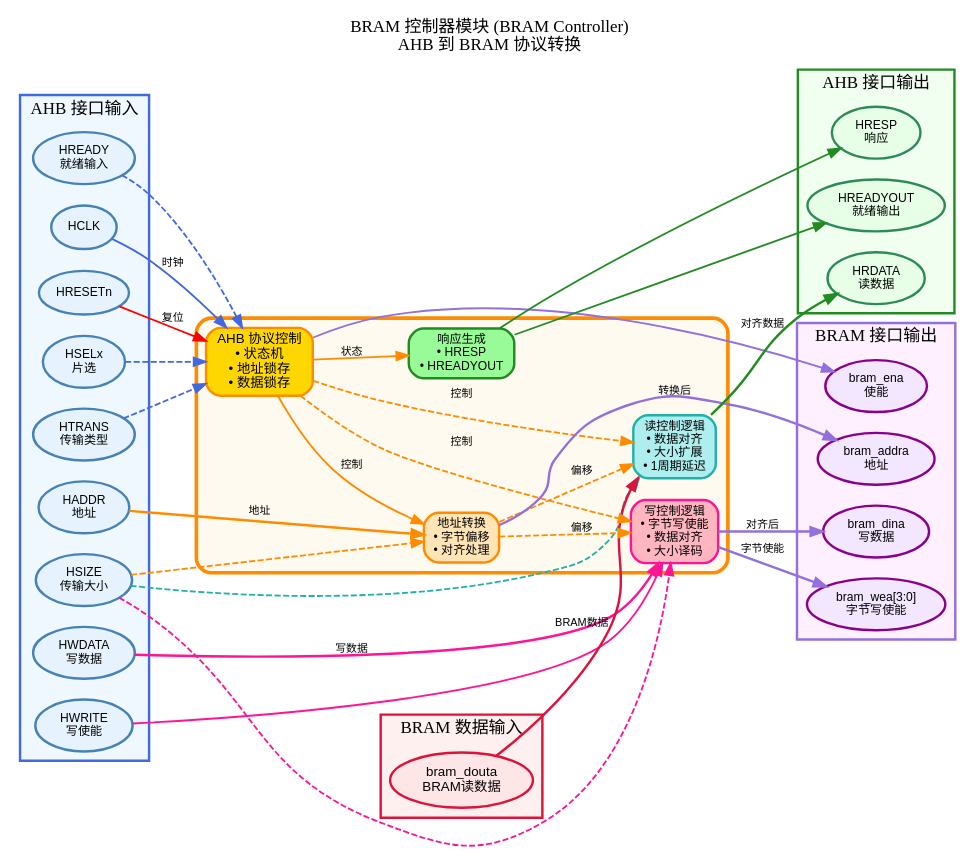
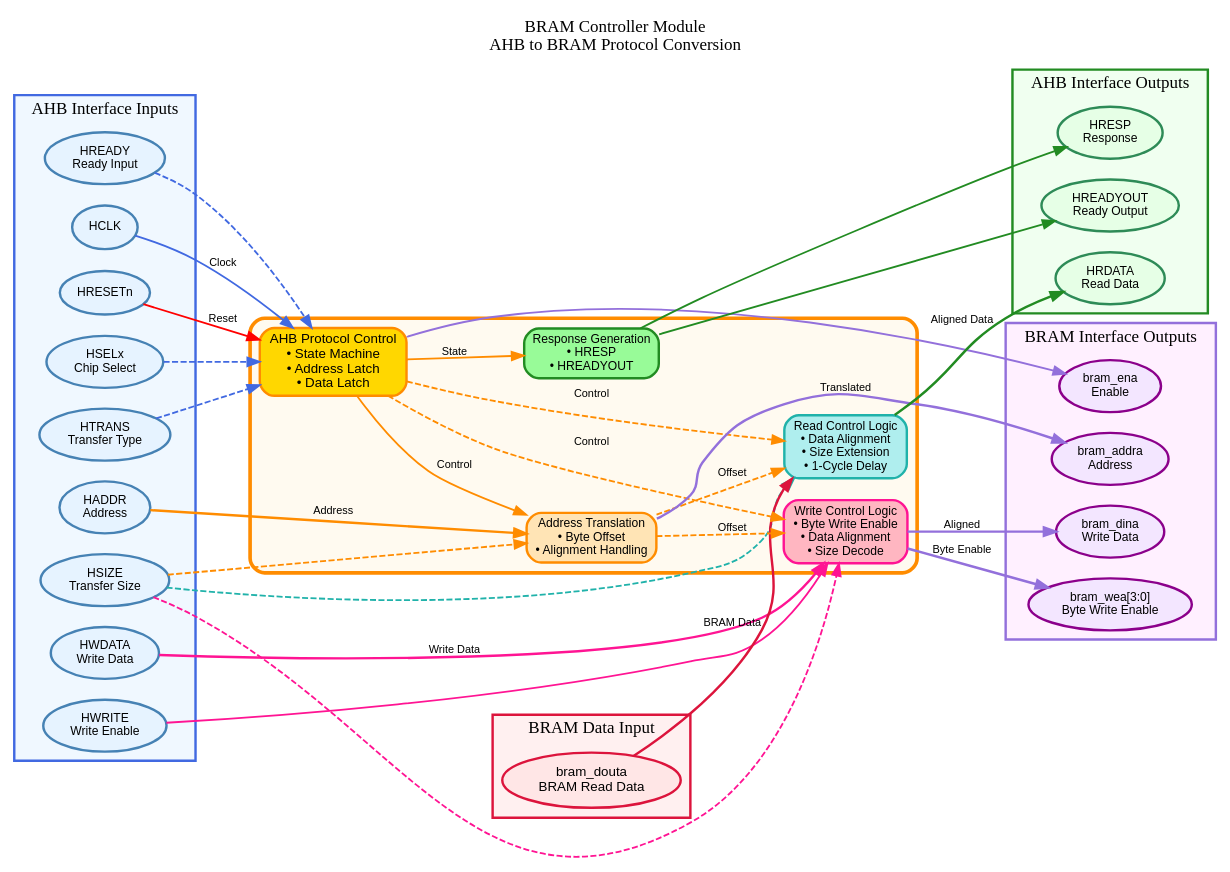
Before and after one commit to Narwhal-Wu/LibreCore: the diagram in report/rtl_diagrams/module_ahb_bram_controller.dot, drawn with Graphviz. The commit also changed 9 other files, not shown here.

Commit message:
Convert all diagrams to English-only (remove Chinese text)

```diff
--- a/report/rtl_diagrams/module_ahb_bram_controller.dot
+++ b/report/rtl_diagrams/module_ahb_bram_controller.dot
@@ -1,153 +1,153 @@
 digraph ahb_bram_controller {
     rankdir=LR;
     bgcolor="white";
     node [fontname="Arial", fontsize=11];
     edge [fontname="Arial", fontsize=9];
     
     // Title
-    label="BRAM 控制器模块 (BRAM Controller)\nAHB 到 BRAM 协议转换";
+    label="BRAM Controller Module\nAHB to BRAM Protocol Conversion";
     labelloc="t";
     fontname="Arial Bold";
     fontsize=14;
     
     // Input signals
     subgraph cluster_inputs {
-        label="AHB 接口输入";
+        label="AHB Interface Inputs";
         labelloc="t";
         style="filled";
         fillcolor="#f0f8ff";
         color="#4169e1";
         penwidth=2;
         
         node [shape=ellipse, style="filled", fillcolor="#e6f3ff", 
               color="#4682b4", penwidth=2, fontsize=10];
         
         CLK [label="HCLK"];
         RES [label="HRESETn"];
-        HSEL [label="HSELx\n片选"];
-        HADDR [label="HADDR\n地址"];
-        HWRITE [label="HWRITE\n写使能"];
-        HSIZE [label="HSIZE\n传输大小"];
-        HTRANS [label="HTRANS\n传输类型"];
-        HREADY [label="HREADY\n就绪输入"];
-        HWDATA [label="HWDATA\n写数据"];
+        HSEL [label="HSELx\nChip Select"];
+        HADDR [label="HADDR\nAddress"];
+        HWRITE [label="HWRITE\nWrite Enable"];
+        HSIZE [label="HSIZE\nTransfer Size"];
+        HTRANS [label="HTRANS\nTransfer Type"];
+        HREADY [label="HREADY\nReady Input"];
+        HWDATA [label="HWDATA\nWrite Data"];
     }
     
     // BRAM input
     subgraph cluster_bram_in {
-        label="BRAM 数据输入";
+        label="BRAM Data Input";
         labelloc="t";
         style="filled";
         fillcolor="#fff0f0";
         color="#dc143c";
         penwidth=2;
         
         node [shape=ellipse, style="filled", fillcolor="#ffe6e6", 
               color="#dc143c", penwidth=2];
         
-        BRAM_DOUT [label="bram_douta\nBRAM读数据"];
+        BRAM_DOUT [label="bram_douta\nBRAM Read Data"];
     }
     
     // Main module
     subgraph cluster_module {
         label="";
         style="rounded,filled";
         fillcolor="#fffaf0";
         color="#ff8c00";
         penwidth=3;
         
         node [shape=box, style="rounded,filled"];
         
         // Protocol converter
-        PROTO [label="AHB 协议控制\n• 状态机\n• 地址锁存\n• 数据锁存", 
+        PROTO [label="AHB Protocol Control\n• State Machine\n• Address Latch\n• Data Latch", 
               fillcolor="#ffd700", color="#ff8c00", penwidth=2, fontsize=11];
         
         // Address translator
-        ADDR [label="地址转换\n• 字节偏移\n• 对齐处理", 
+        ADDR [label="Address Translation\n• Byte Offset\n• Alignment Handling", 
              fillcolor="#ffe4b5", color="#ff8c00", penwidth=2, fontsize=10];
         
         // Write control
-        WRITE [label="写控制逻辑\n• 字节写使能\n• 数据对齐\n• 大小译码", 
+        WRITE [label="Write Control Logic\n• Byte Write Enable\n• Data Alignment\n• Size Decode", 
               fillcolor="#ffb6c1", color="#ff1493", penwidth=2, fontsize=10];
         
         // Read control
-        READ [label="读控制逻辑\n• 数据对齐\n• 大小扩展\n• 1周期延迟", 
+        READ [label="Read Control Logic\n• Data Alignment\n• Size Extension\n• 1-Cycle Delay", 
              fillcolor="#afeeee", color="#20b2aa", penwidth=2, fontsize=10];
         
         // Response generator
-        RESP [label="响应生成\n• HRESP\n• HREADYOUT", 
+        RESP [label="Response Generation\n• HRESP\n• HREADYOUT", 
              fillcolor="#98fb98", color="#228b22", penwidth=2, fontsize=10];
     }
     
     // Output signals - AHB
     subgraph cluster_outputs_ahb {
-        label="AHB 接口输出";
+        label="AHB Interface Outputs";
         labelloc="t";
         style="filled";
         fillcolor="#f0fff0";
         color="#228b22";
         penwidth=2;
         
         node [shape=ellipse, style="filled", fillcolor="#e6ffe6", 
               color="#2e8b57", penwidth=2, fontsize=10];
         
-        HRDATA [label="HRDATA\n读数据"];
-        HRESP [label="HRESP\n响应"];
-        HREADYOUT [label="HREADYOUT\n就绪输出"];
+        HRDATA [label="HRDATA\nRead Data"];
+        HRESP [label="HRESP\nResponse"];
+        HREADYOUT [label="HREADYOUT\nReady Output"];
     }
     
     // Output signals - BRAM
     subgraph cluster_outputs_bram {
-        label="BRAM 接口输出";
+        label="BRAM Interface Outputs";
         labelloc="t";
         style="filled";
         fillcolor="#fff0ff";
         color="#9370db";
         penwidth=2;
         
         node [shape=ellipse, style="filled", fillcolor="#f3e6ff", 
               color="#8b008b", penwidth=2, fontsize=10];
         
-        BRAM_ADDR [label="bram_addra\n地址"];
-        BRAM_DIN [label="bram_dina\n写数据"];
-        BRAM_EN [label="bram_ena\n使能"];
-        BRAM_WE [label="bram_wea[3:0]\n字节写使能"];
+        BRAM_ADDR [label="bram_addra\nAddress"];
+        BRAM_DIN [label="bram_dina\nWrite Data"];
+        BRAM_EN [label="bram_ena\nEnable"];
+        BRAM_WE [label="bram_wea[3:0]\nByte Write Enable"];
     }
     
     // Input connections
-    CLK -> PROTO [label="时钟", color="#4169e1", penwidth=1.5];
-    RES -> PROTO [label="复位", color="#ff0000", penwidth=1.5];
+    CLK -> PROTO [label="Clock", color="#4169e1", penwidth=1.5];
+    RES -> PROTO [label="Reset", color="#ff0000", penwidth=1.5];
     HSEL -> PROTO [color="#4169e1", penwidth=1.5, style="dashed"];
     HTRANS -> PROTO [color="#4169e1", penwidth=1.5, style="dashed"];
     HREADY -> PROTO [color="#4169e1", penwidth=1.5, style="dashed"];
     
-    HADDR -> ADDR [label="地址", color="#ff8c00", penwidth=2];
+    HADDR -> ADDR [label="Address", color="#ff8c00", penwidth=2];
     HSIZE -> ADDR [color="#ff8c00", penwidth=1.5, style="dashed"];
     
     HWRITE -> WRITE [color="#ff1493", penwidth=1.5];
     HSIZE -> WRITE [color="#ff1493", penwidth=1.5, style="dashed"];
-    HWDATA -> WRITE [label="写数据", color="#ff1493", penwidth=2];
+    HWDATA -> WRITE [label="Write Data", color="#ff1493", penwidth=2];
     
     HSIZE -> READ [color="#20b2aa", penwidth=1.5, style="dashed"];
-    BRAM_DOUT -> READ [label="BRAM数据", color="#dc143c", penwidth=2];
+    BRAM_DOUT -> READ [label="BRAM Data", color="#dc143c", penwidth=2];
     
     // Internal connections
-    PROTO -> ADDR [label="控制", color="#ff8c00", penwidth=1.5];
-    PROTO -> WRITE [label="控制", color="#ff8c00", penwidth=1.5, style="dashed"];
-    PROTO -> READ [label="控制", color="#ff8c00", penwidth=1.5, style="dashed"];
-    PROTO -> RESP [label="状态", color="#ff8c00", penwidth=1.5];
+    PROTO -> ADDR [label="Control", color="#ff8c00", penwidth=1.5];
+    PROTO -> WRITE [label="Control", color="#ff8c00", penwidth=1.5, style="dashed"];
+    PROTO -> READ [label="Control", color="#ff8c00", penwidth=1.5, style="dashed"];
+    PROTO -> RESP [label="State", color="#ff8c00", penwidth=1.5];
     
-    ADDR -> WRITE [label="偏移", color="#ff8c00", penwidth=1.5, style="dashed"];
-    ADDR -> READ [label="偏移", color="#ff8c00", penwidth=1.5, style="dashed"];
+    ADDR -> WRITE [label="Offset", color="#ff8c00", penwidth=1.5, style="dashed"];
+    ADDR -> READ [label="Offset", color="#ff8c00", penwidth=1.5, style="dashed"];
     
     // Output connections - AHB
-    READ -> HRDATA [label="对齐数据", color="#228b22", penwidth=2];
+    READ -> HRDATA [label="Aligned Data", color="#228b22", penwidth=2];
     RESP -> HRESP [color="#228b22", penwidth=1.5];
     RESP -> HREADYOUT [color="#228b22", penwidth=1.5];
     
     // Output connections - BRAM
-    ADDR -> BRAM_ADDR [label="转换后", color="#9370db", penwidth=2];
-    WRITE -> BRAM_DIN [label="对齐后", color="#9370db", penwidth=2];
+    ADDR -> BRAM_ADDR [label="Translated", color="#9370db", penwidth=2];
+    WRITE -> BRAM_DIN [label="Aligned", color="#9370db", penwidth=2];
     PROTO -> BRAM_EN [color="#9370db", penwidth=1.5];
-    WRITE -> BRAM_WE [label="字节使能", color="#9370db", penwidth=2];
+    WRITE -> BRAM_WE [label="Byte Enable", color="#9370db", penwidth=2];
 }
```
